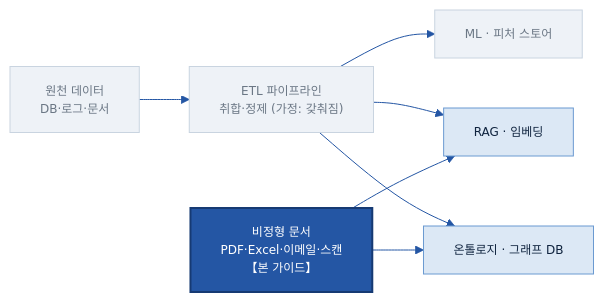
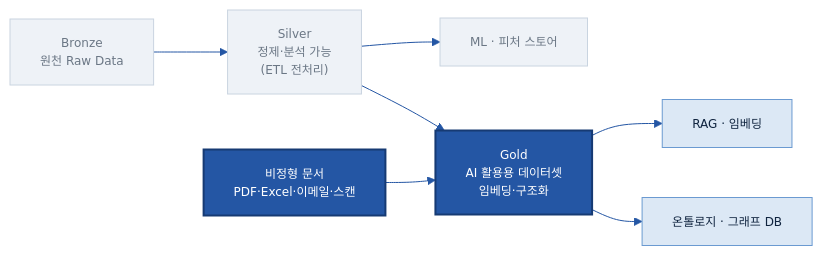
One commit to jin-kearney/ai-ready-data-manual changed the first of 8 diagrams in 가이드 작성/B-1 데이터 전처리/B-1 데이터 전처리.md. Above: the diagram before and after it, drawn with Mermaid. The commit also changed other lines of this file, not shown here.

Commit message:
docs(B-1): Scope에 메달리온 아키텍처·ETL 기술 설명 보강
- 일반 전처리=ETL, 데이터 레이크 Bronze(Raw)→Silver(분석 가능) 변환으로 기술 맥락 명시
- 본 가이드=그다음 Gold(AI 활용용: 임베딩·온톨로지 구조화), 특히 비정형 문서
- 다이어그램을 Bronze→Silver→Gold 스파인 + ML/RAG/온톨로지 분기 + 비정형 문서 lane으로
  교체(Gold·비정형=본 가이드 강조)

````diff
--- a/가이드 작성/B-1 데이터 전처리/B-1 데이터 전처리.md
+++ b/가이드 작성/B-1 데이터 전처리/B-1 데이터 전처리.md
@@ -102,13 +102,13 @@
 ```mermaid
 %%{init: {'theme':'base','themeVariables':{'primaryColor':'#DCE8F5','primaryBorderColor':'#2456A4','primaryTextColor':'#10243f','lineColor':'#2456A4','fontSize':'12px'}}}%%
 flowchart LR
-    SRC["원천 데이터<br/>DB·로그·문서"]:::assume --> ETL["ETL 파이프라인<br/>취합·정제 (가정: 갖춰짐)"]:::assume
-    ETL --> ML["ML · 피처 스토어"]:::assume
-    ETL --> RAGx["RAG · 임베딩"]:::use
-    ETL --> ONTx["온톨로지 · 그래프 DB"]:::use
-    DOC["비정형 문서<br/>PDF·Excel·이메일·스캔<br/>【본 가이드】"]:::cat --> RAGx
-    DOC --> ONTx
+    B["Bronze<br/>원천 Raw Data"]:::assume --> S["Silver<br/>정제·분석 가능<br/>(ETL 전처리)"]:::assume
+    S --> ML["ML · 피처 스토어"]:::assume
+    S --> G["Gold<br/>AI 활용용 데이터셋<br/>임베딩·구조화"]:::cat
+    DOC["비정형 문서<br/>PDF·Excel·이메일·스캔"]:::cat --> G
+    G --> RAG["RAG · 임베딩"]:::use
+    G --> ONT["온톨로지 · 그래프 DB"]:::use
     classDef assume fill:#eef2f7,stroke:#c9d4e0,color:#6b7785;
     classDef use fill:#DCE8F5,stroke:#6B9AD1,color:#10243f;
     classDef cat fill:#2456A4,color:#fff,stroke:#163a73,stroke-width:2px;
 ```
````
